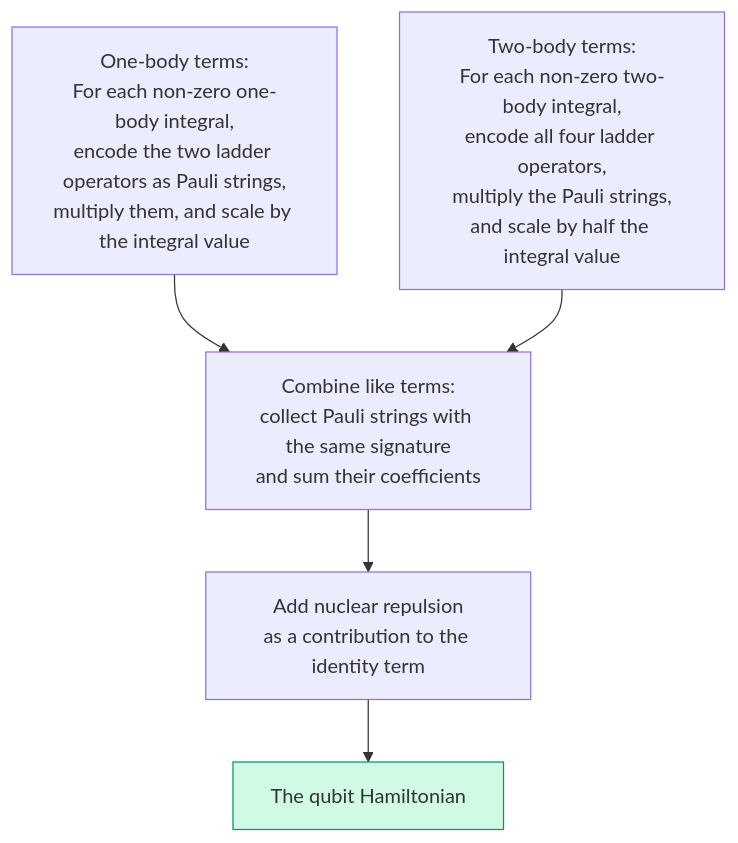
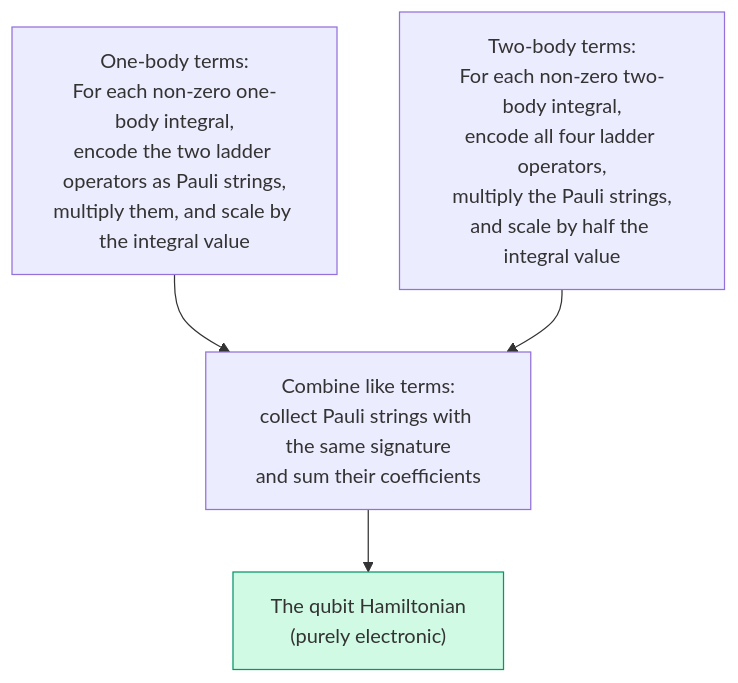
One commit to johnazariah/encodings-book changed the diagram in manuscript/06-building-hamiltonian.md. Above: the diagram before and after it, drawn with Mermaid. The commit also changed other lines of this file and 46 other files, not shown here.

````diff
--- a/manuscript/06-building-hamiltonian.md
+++ b/manuscript/06-building-hamiltonian.md
@@ -120,10 +120,9 @@
 ```mermaid
 flowchart TD
     OB["One-body terms:<br/>For each non-zero one-body integral,<br/>encode the two ladder operators as Pauli strings,<br/>multiply them, and scale by the integral value"]
     TB["Two-body terms:<br/>For each non-zero two-body integral,<br/>encode all four ladder operators,<br/>multiply the Pauli strings,<br/>and scale by half the integral value"]
     OB --> SUM["Combine like terms:<br/>collect Pauli strings with the same signature<br/>and sum their coefficients"]
     TB --> SUM
-    SUM --> NR["Add nuclear repulsion<br/>as a contribution to the identity term"]
-    NR --> HAM["The qubit Hamiltonian"]
+    SUM --> HAM["The qubit Hamiltonian<br/>(purely electronic)"]
     style HAM fill:#d1fae5,stroke:#059669
 ```
````
